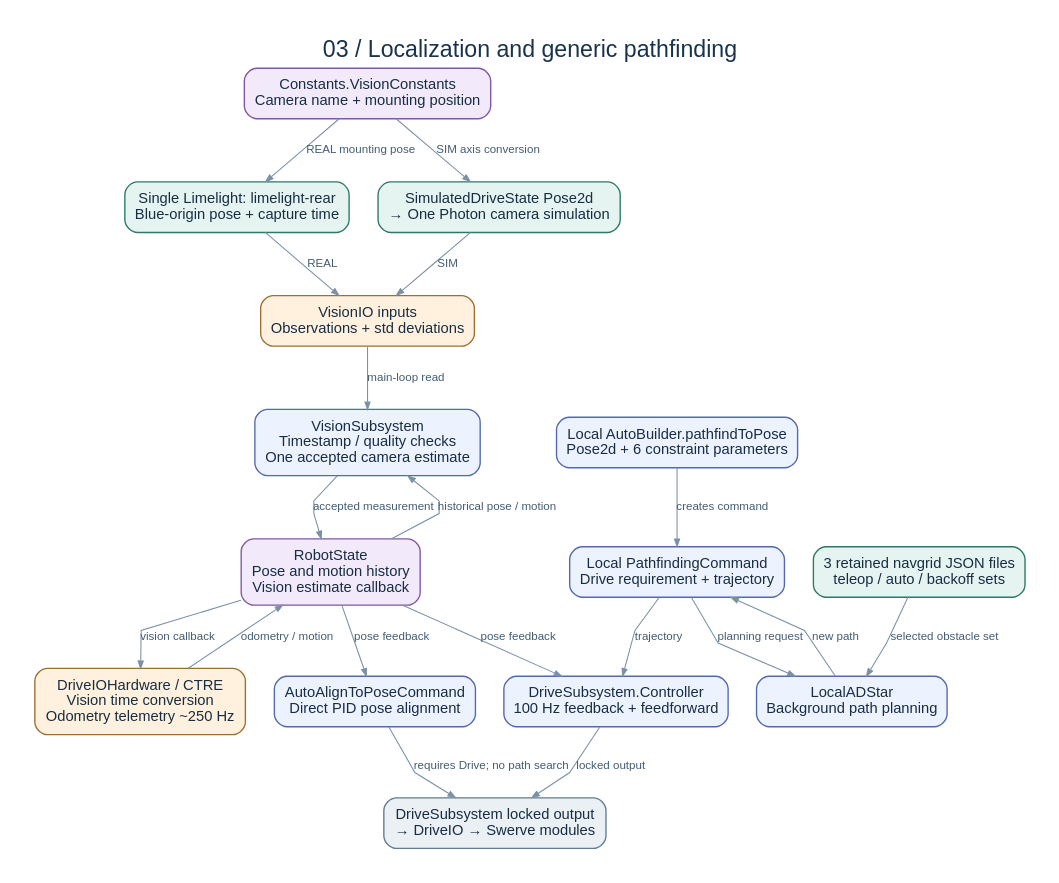
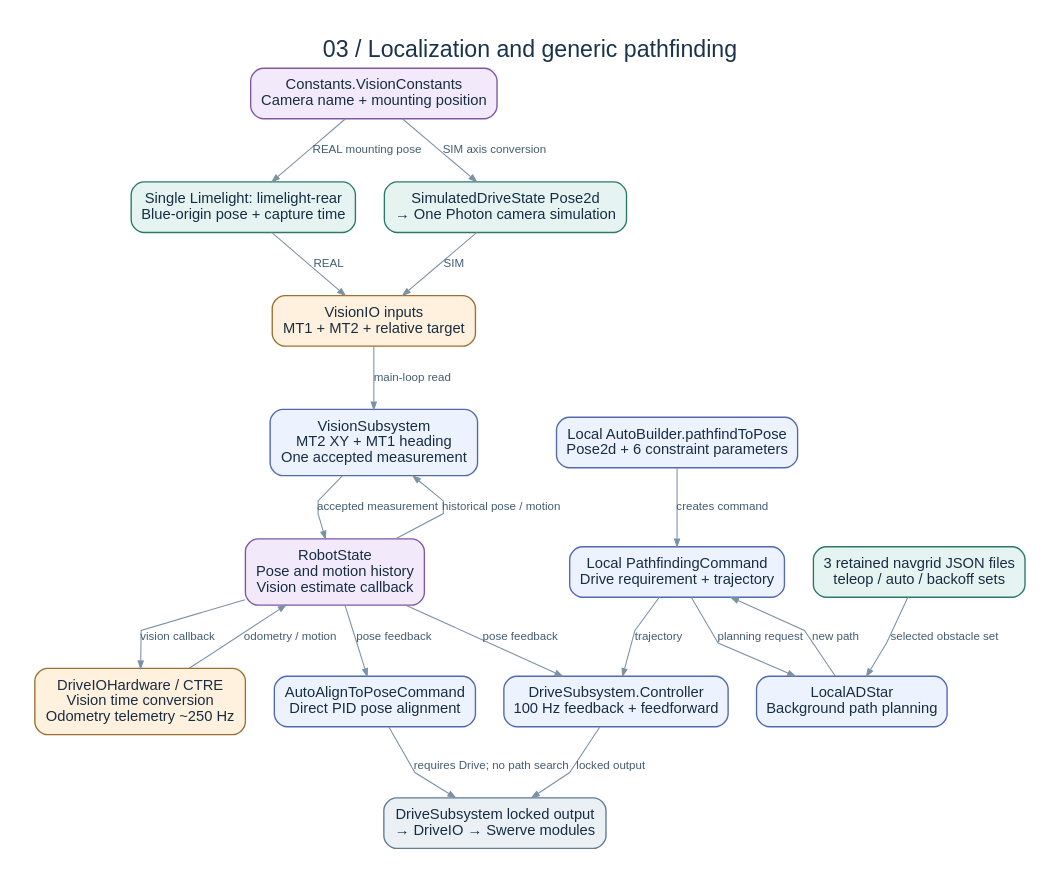
The diagram in docs/drive-vision/diagrams/03-localization-and-paths.dot (PepsiLee/FRC-2026-Systemcore-Public-main), drawn with Graphviz before and after one commit. The commit also changed 30 other files, not shown here.

```diff
--- a/docs/drive-vision/diagrams/03-localization-and-paths.dot
+++ b/docs/drive-vision/diagrams/03-localization-and-paths.dot
@@ -1,37 +1,37 @@
 digraph G {
 graph [rankdir=TB, bgcolor="white", pad=0.35, nodesep=0.38, ranksep=0.65, splines=polyline, fontname="Arial", fontsize=22, fontcolor="#19334c", label="03 / Localization and generic pathfinding", labelloc=t];
 node [shape=box, style="rounded,filled", fontname="Arial", fontsize=14, margin="0.16,0.12", penwidth=1.3, fontcolor="#172d43"];
 edge [fontname="Arial", fontsize=11, color="#7a91a5", fontcolor="#435c71", arrowsize=0.7];
 mount [label="Constants.VisionConstants\nCamera name + mounting position", fillcolor="#f2eafb", color="#8057a2"];
 cameras [label="Single Limelight: limelight-rear\nBlue-origin pose + capture time", fillcolor="#e5f4f0", color="#2d7868"];
 sim [label="SimulatedDriveState Pose2d\n→ One Photon camera simulation", fillcolor="#e5f4f0", color="#2d7868"];
-visionio [label="VisionIO inputs\nObservations + std deviations", fillcolor="#fff1dd", color="#9c7032"];
-vision [label="VisionSubsystem\nTimestamp / quality checks\nOne accepted camera estimate", fillcolor="#edf2ff", color="#5269ad"];
+visionio [label="VisionIO inputs\nMT1 + MT2 + relative target", fillcolor="#fff1dd", color="#9c7032"];
+vision [label="VisionSubsystem\nMT2 XY + MT1 heading\nOne accepted measurement", fillcolor="#edf2ff", color="#5269ad"];
 state [label="RobotState\nPose and motion history\nVision estimate callback", fillcolor="#f2eafb", color="#8057a2"];
 ctre [label="DriveIOHardware / CTRE\nVision time conversion\nOdometry telemetry ~250 Hz", fillcolor="#fff1dd", color="#9c7032"];
 api [label="Local AutoBuilder.pathfindToPose\nPose2d + 6 constraint parameters", fillcolor="#edf2ff", color="#5269ad"];
 grid [label="3 retained navgrid JSON files\nteleop / auto / backoff sets", fillcolor="#e5f4f0", color="#2d7868"];
 planner [label="LocalADStar\nBackground path planning", fillcolor="#edf2ff", color="#5269ad"];
 command [label="Local PathfindingCommand\nDrive requirement + trajectory", fillcolor="#edf2ff", color="#5269ad"];
 controller [label="DriveSubsystem.Controller\n100 Hz feedback + feedforward", fillcolor="#edf2ff", color="#5269ad"];
 align [label="AutoAlignToPoseCommand\nDirect PID pose alignment", fillcolor="#edf2ff", color="#5269ad"];
 output [label="DriveSubsystem locked output\n→ DriveIO → Swerve modules", fillcolor="#eaf0f4", color="#627c91"];
 mount -> cameras [label="REAL mounting pose"];
 mount -> sim [label="SIM axis conversion"];
 cameras -> visionio [label="REAL"];
 sim -> visionio [label="SIM"];
 visionio -> vision [label="main-loop read"];
 state -> vision [label="historical pose / motion"];
 vision -> state [label="accepted measurement"];
 state -> ctre [label="vision callback"];
 ctre -> state [label="odometry / motion"];
 grid -> planner [label="selected obstacle set"];
 api -> command [label="creates command"];
 command -> planner [label="planning request"];
 planner -> command [label="new path"];
 command -> controller [label="trajectory"];
 state -> controller [label="pose feedback"];
 controller -> output [label="locked output"];
 state -> align [label="pose feedback"];
 align -> output [label="requires Drive; no path search"];
 }
```
